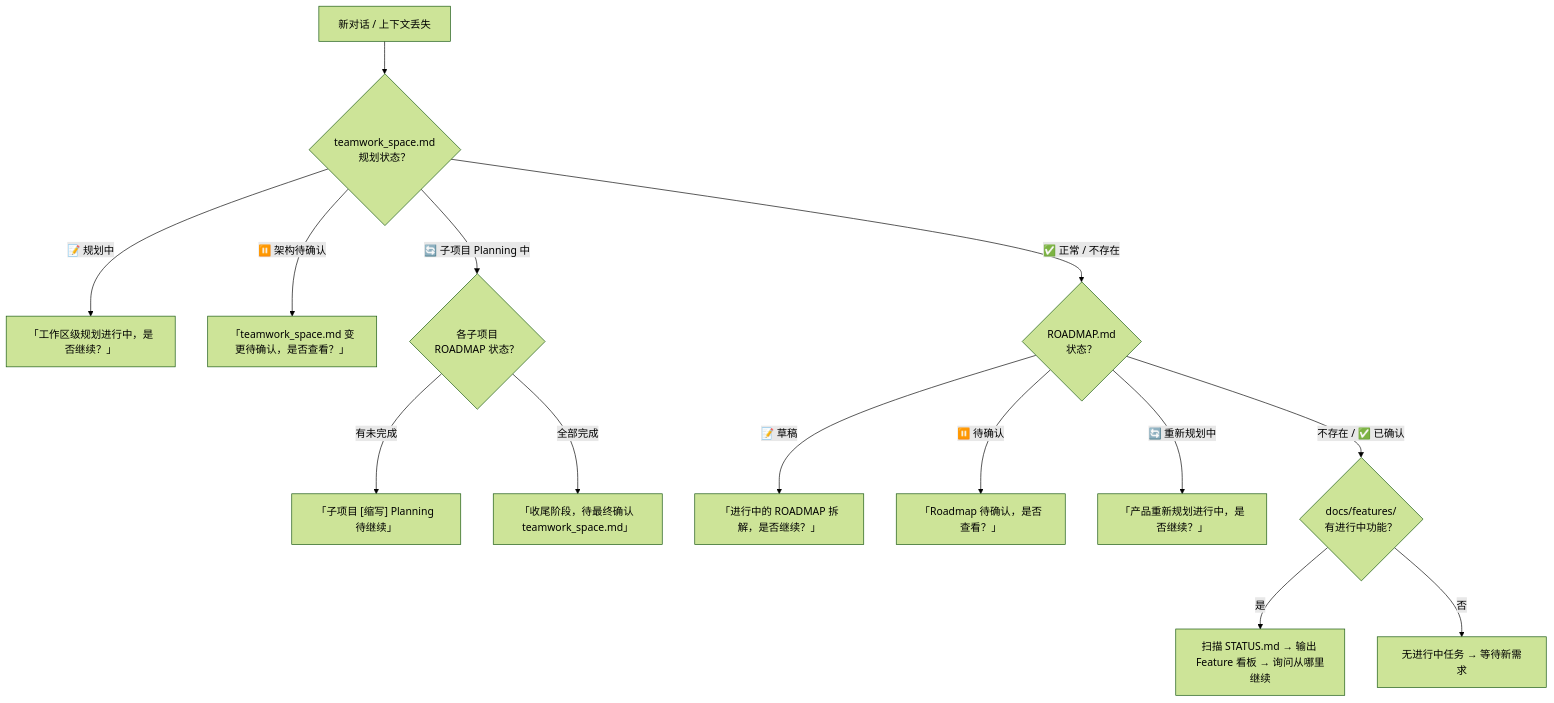
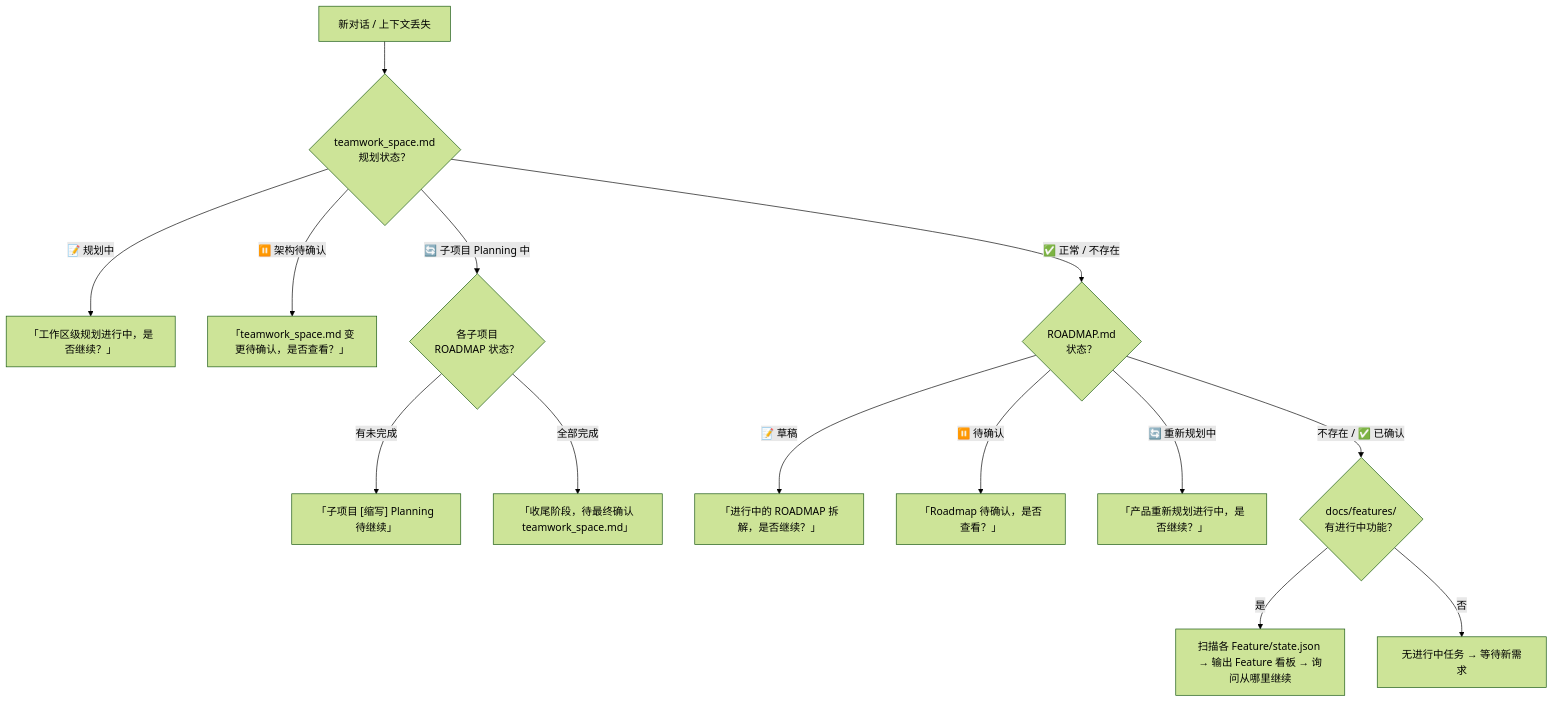
The diagram in skills/teamwork/CONTEXT-RECOVERY.md (okteam99/teamwork), drawn with Mermaid (forest theme) before and after one commit. The commit also changed other lines of this file and 17 other files, not shown here.

````diff
--- a/skills/teamwork/CONTEXT-RECOVERY.md
+++ b/skills/teamwork/CONTEXT-RECOVERY.md
@@ -11,16 +11,16 @@
 ```mermaid
 flowchart TD
     START[新对话 / 上下文丢失] --> WP{teamwork_space.md<br/>规划状态？}
     WP -->|📝 规划中| WP_DISC["「工作区级规划进行中，是否继续？」"]
     WP -->|⏸️ 架构待确认| WP_CONF["「teamwork_space.md 变更待确认，是否查看？」"]
     WP -->|🔄 子项目 Planning 中| WP_SUB{各子项目<br/>ROADMAP 状态？}
     WP_SUB -->|有未完成| WP_SUB_CONT["「子项目 [缩写] Planning 待继续」"]
     WP_SUB -->|全部完成| WP_SUB_FINAL["「收尾阶段，待最终确认 teamwork_space.md」"]
     WP -->|✅ 正常 / 不存在| FP{ROADMAP.md<br/>状态？}
     FP -->|📝 草稿| FP_DRAFT["「进行中的 ROADMAP 拆解，是否继续？」"]
     FP -->|⏸️ 待确认| FP_CONF["「Roadmap 待确认，是否查看？」"]
     FP -->|🔄 重新规划中| FP_REPLAN["「产品重新规划进行中，是否继续？」"]
     FP -->|不存在 / ✅ 已确认| FEAT{docs/features/<br/>有进行中功能？}
-    FEAT -->|是| FEAT_RESUME["扫描 STATUS.md → 输出 Feature 看板 → 询问从哪里继续"]
+    FEAT -->|是| FEAT_RESUME["扫描各 Feature/state.json → 输出 Feature 看板 → 询问从哪里继续"]
     FEAT -->|否| NEW["无进行中任务 → 等待新需求"]
 ```
````
